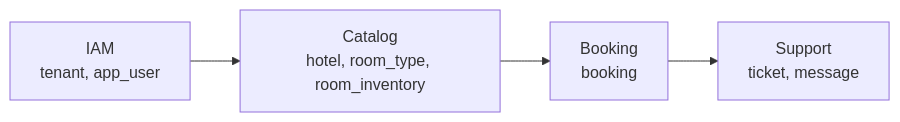
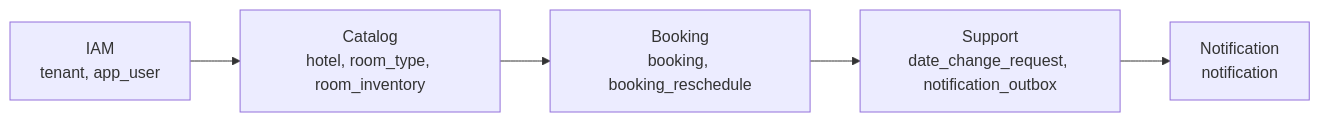
One commit to oabga/HotelBookingSystem changed the fourth of 4 diagrams in backend/docs/documents/architecture.md. Above: the diagram before and after it, drawn with Mermaid. The commit also changed other lines of this file and 21 other files, not shown here.

````diff
--- a/backend/docs/documents/architecture.md
+++ b/backend/docs/documents/architecture.md
@@ -815,11 +248,7 @@
 ```mermaid
 flowchart LR
-    IAM["IAM<br/>tenant, app_user"]
-    CAT["Catalog<br/>hotel, room_type, room_inventory"]
-    BOOK["Booking<br/>booking"]
-    SUP["Support<br/>ticket, message"]
-
-    IAM --> CAT
-    CAT --> BOOK
-    BOOK --> SUP
+    I["IAM<br/>tenant, app_user"] --> C["Catalog<br/>hotel, room_type, room_inventory"]
+    C --> B["Booking<br/>booking, booking_reschedule"]
+    B --> S["Support<br/>date_change_request, notification_outbox"]
+    S --> N["Notification<br/>notification"]
 ```
````
